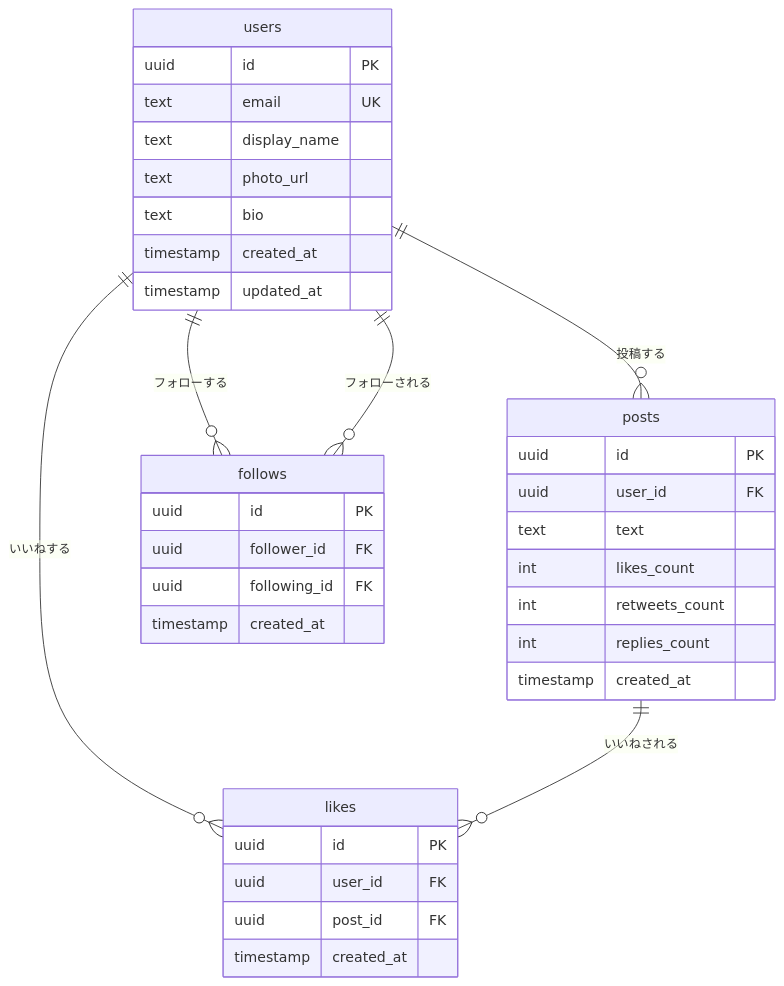
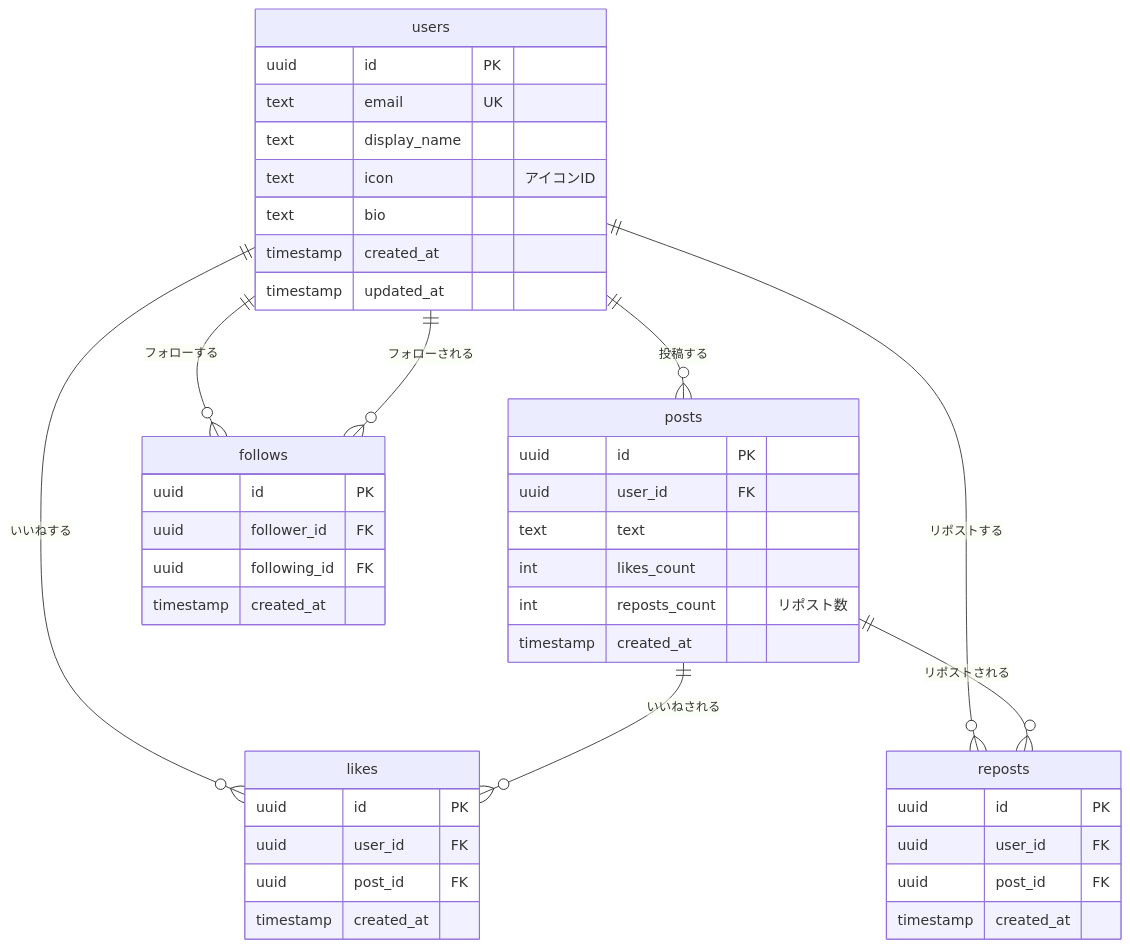
Before and after one commit to kt-seed/firebase_sns_sample: the second of 2 diagrams in README.md, drawn with Mermaid. The commit also changed other lines of this file and 1 other file, not shown here.

````diff
--- a/README.md
+++ b/README.md
@@ -74,42 +74,50 @@
 ```mermaid
 erDiagram
     users ||--o{ posts : "投稿する"
     users ||--o{ likes : "いいねする"
+    users ||--o{ reposts : "リポストする"
     users ||--o{ follows : "フォローする"
     users ||--o{ follows : "フォローされる"
     posts ||--o{ likes : "いいねされる"
-    
+    posts ||--o{ reposts : "リポストされる"
+
     users {
         uuid id PK
         text email UK
         text display_name
-        text photo_url
+        text icon "アイコンID"
         text bio
         timestamp created_at
         timestamp updated_at
     }
-    
+
     posts {
         uuid id PK
         uuid user_id FK
         text text
         int likes_count
-        int retweets_count
-        int replies_count
+        int reposts_count "リポスト数"
         timestamp created_at
     }
-    
+
     likes {
         uuid id PK
         uuid user_id FK
         uuid post_id FK
         timestamp created_at
     }
-    
+
+    reposts {
+        uuid id PK
+        uuid user_id FK
+        uuid post_id FK
+        timestamp created_at
+    }
+
     follows {
         uuid id PK
         uuid follower_id FK
         uuid following_id FK
         timestamp created_at
     }
 ```
````
